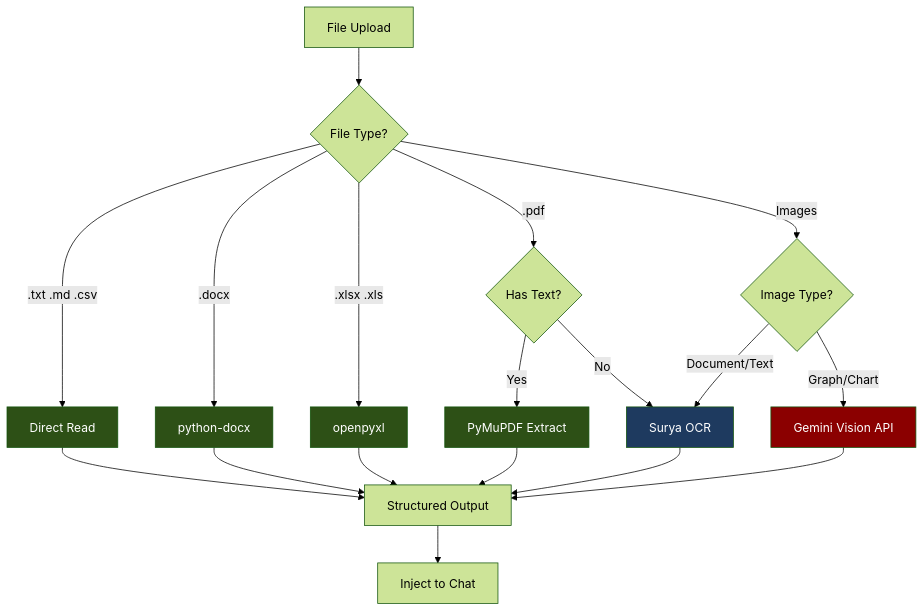
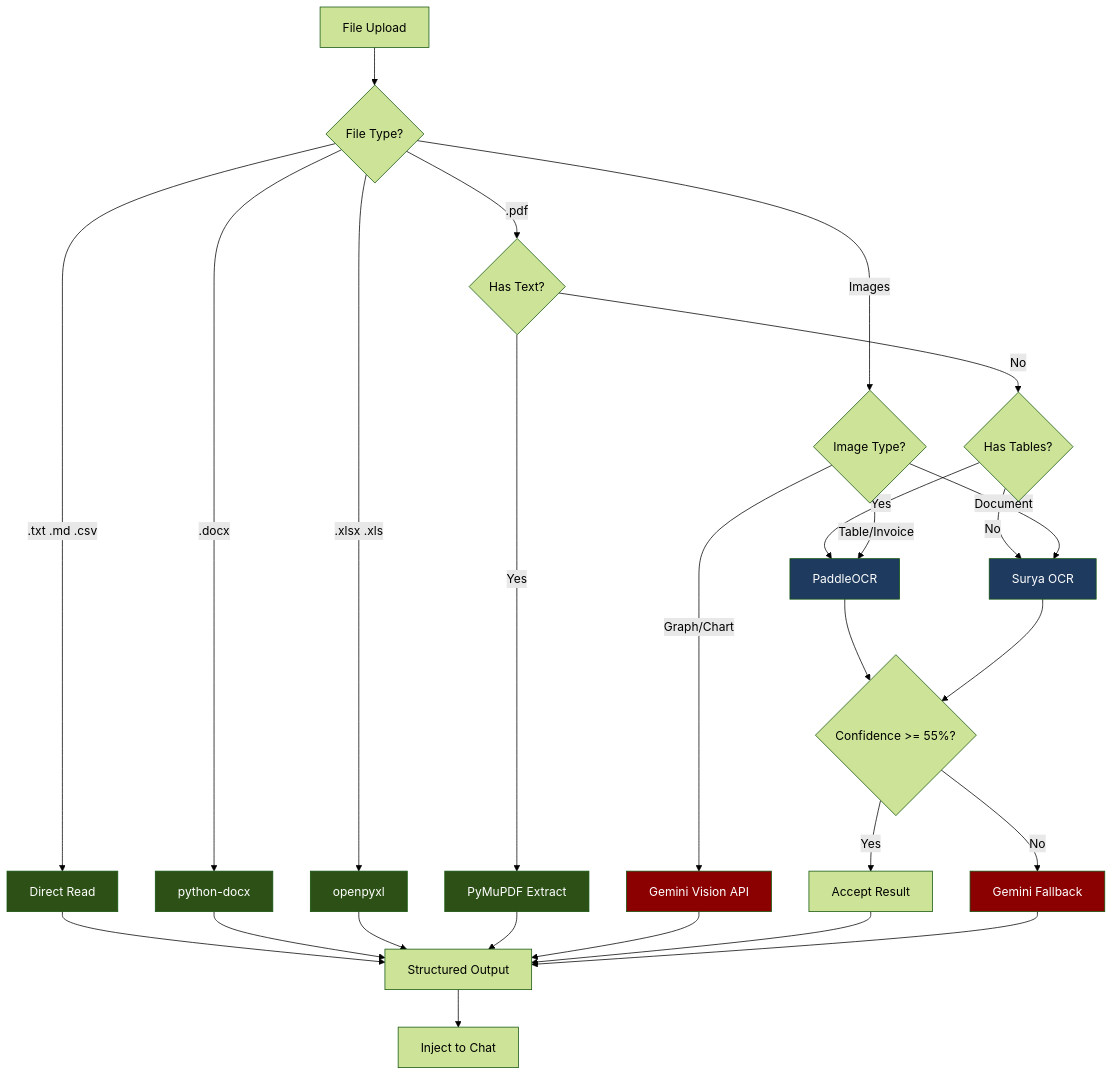
The diagram in ocr_plan/ocr_implementation_hybrid.md (manumishra-zm/execution_plan), drawn with Mermaid (forest theme) before and after one commit. The commit also changed other lines of this file and 3 other files, not shown here.

````diff
--- a/ocr_plan/ocr_implementation_hybrid.md
+++ b/ocr_plan/ocr_implementation_hybrid.md
@@ -7,32 +7,45 @@
 ```mermaid
 flowchart TD
     A[File Upload] --> B{File Type?}
 
     B -->|.txt .md .csv| C[Direct Read]
     B -->|.docx| D[python-docx]
     B -->|.xlsx .xls| E[openpyxl]
     B -->|.pdf| F{Has Text?}
     B -->|Images| G{Image Type?}
 
     F -->|Yes| H[PyMuPDF Extract]
-    F -->|No| I[Surya OCR]
+    F -->|No| I{Has Tables?}
 
-    G -->|Document/Text| I
-    G -->|Graph/Chart| J[Gemini Vision API]
+    I -->|Yes| J[PaddleOCR]
+    I -->|No| K[Surya OCR]
 
-    C --> K[Structured Output]
-    D --> K
-    E --> K
-    H --> K
-    I --> K
-    J --> K
+    G -->|Graph/Chart| L[Gemini Vision API]
+    G -->|Table/Invoice| J
+    G -->|Document| K
 
-    K --> L[Inject to Chat]
+    J --> M{Confidence >= 55%?}
+    K --> M
+
+    M -->|Yes| N[Accept Result]
+    M -->|No| O[Gemini Fallback]
+
+    C --> P[Structured Output]
+    D --> P
+    E --> P
+    H --> P
+    L --> P
+    N --> P
+    O --> P
+
+    P --> Q[Inject to Chat]
 
     style C fill:#2D5016,color:#fff
     style D fill:#2D5016,color:#fff
     style E fill:#2D5016,color:#fff
     style H fill:#2D5016,color:#fff
-    style I fill:#1E3A5F,color:#fff
-    style J fill:#8B0000,color:#fff
+    style J fill:#1E3A5F,color:#fff
+    style K fill:#1E3A5F,color:#fff
+    style L fill:#8B0000,color:#fff
+    style O fill:#8B0000,color:#fff
 ```
````
